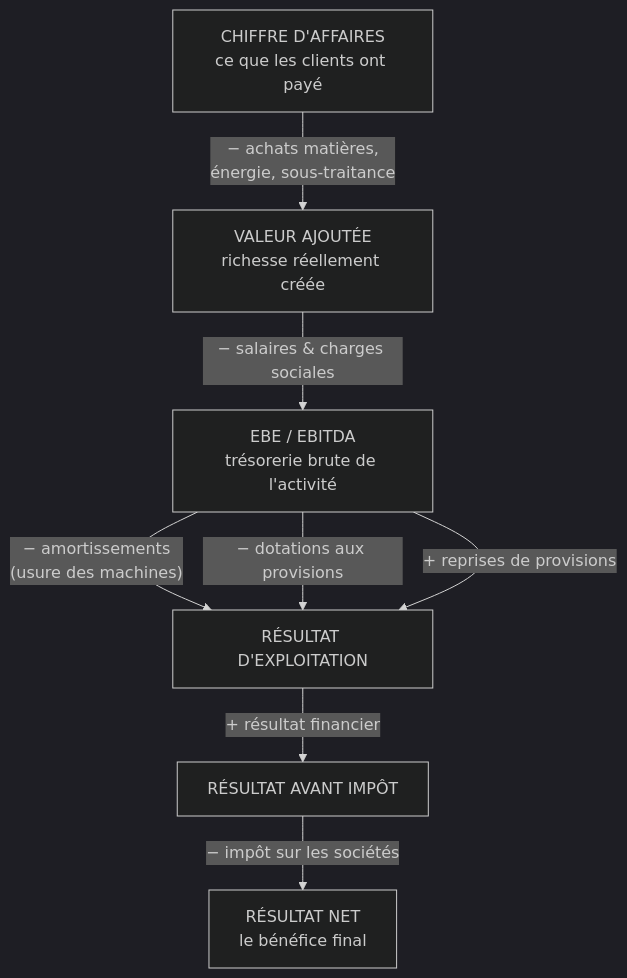
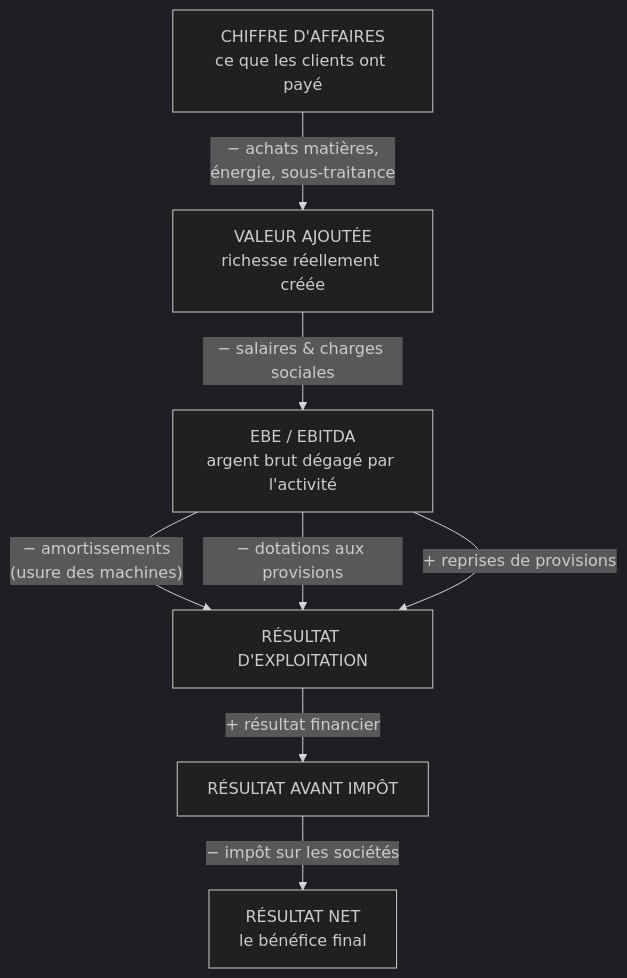
The first of 5 diagrams in content/actualites/2026/kuhn-resultats-doc.md (KSA-Syndic/cfdt-kuhn), drawn with Mermaid (dark theme) before and after one commit. The commit also changed other lines of this file and 3 other files, not shown here.

````diff
--- a/content/actualites/2026/kuhn-resultats-doc.md
+++ b/content/actualites/2026/kuhn-resultats-doc.md
@@ -23,12 +23,12 @@
 ```mermaid
 flowchart TD
   CA["CHIFFRE D'AFFAIRES<br>ce que les clients ont payé"]
   CA -->|"− achats matières,<br>énergie, sous-traitance"| VA["VALEUR AJOUTÉE<br>richesse réellement créée"]
-  VA -->|"− salaires & charges sociales"| EBE["EBE / EBITDA<br>trésorerie brute de l'activité"]
+  VA -->|"− salaires & charges sociales"| EBE["EBE / EBITDA<br>argent brut dégagé par l'activité"]
   EBE -->|"− amortissements<br>(usure des machines)"| REXPL1[" "]
   EBE -->|"− dotations aux provisions"| REXPL1
   EBE -->|"+ reprises de provisions"| REXPL1
   REXPL1["RÉSULTAT D'EXPLOITATION"]
   REXPL1 -->|"+ résultat financier"| RAV["RÉSULTAT AVANT IMPÔT"]
   RAV -->|"− impôt sur les sociétés"| RNET["RÉSULTAT NET<br>le bénéfice final"]
 ```
````
